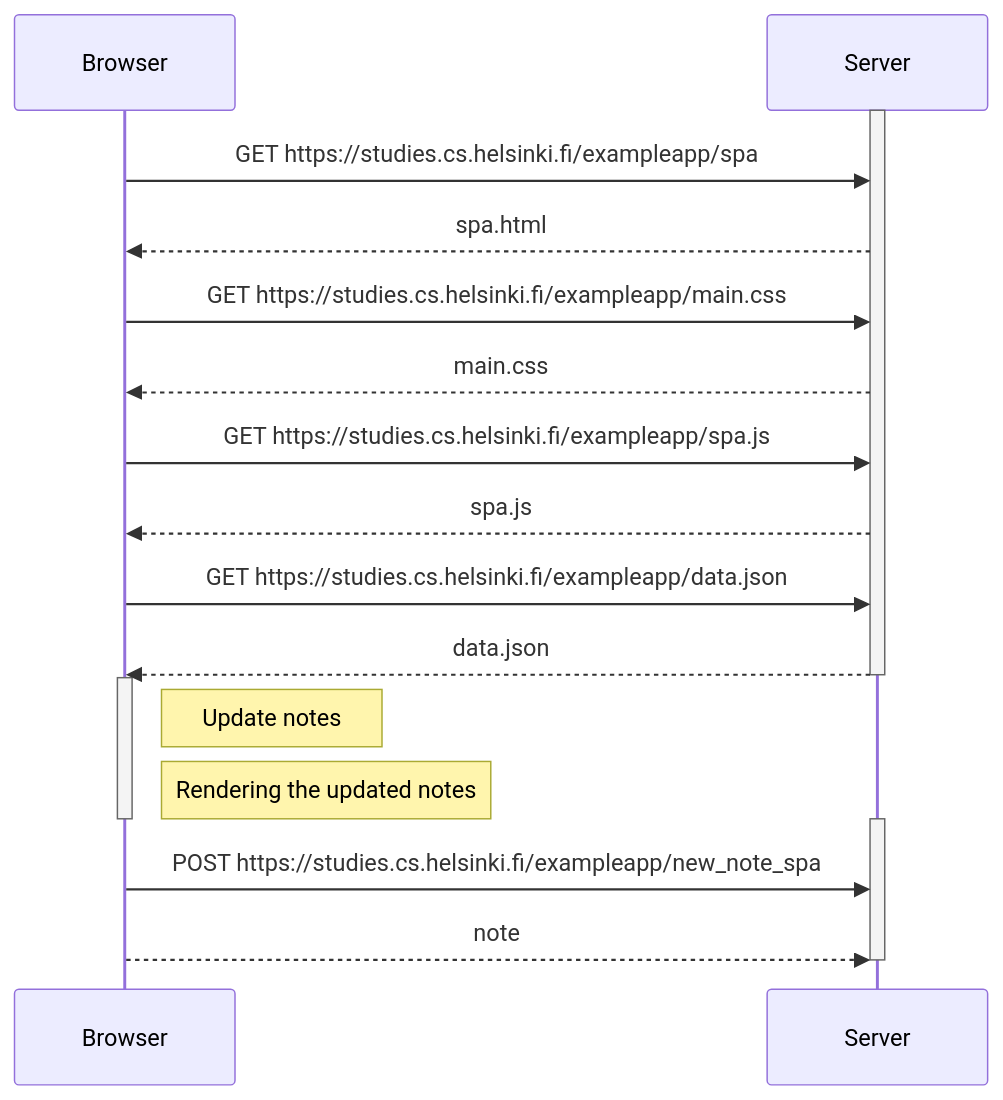
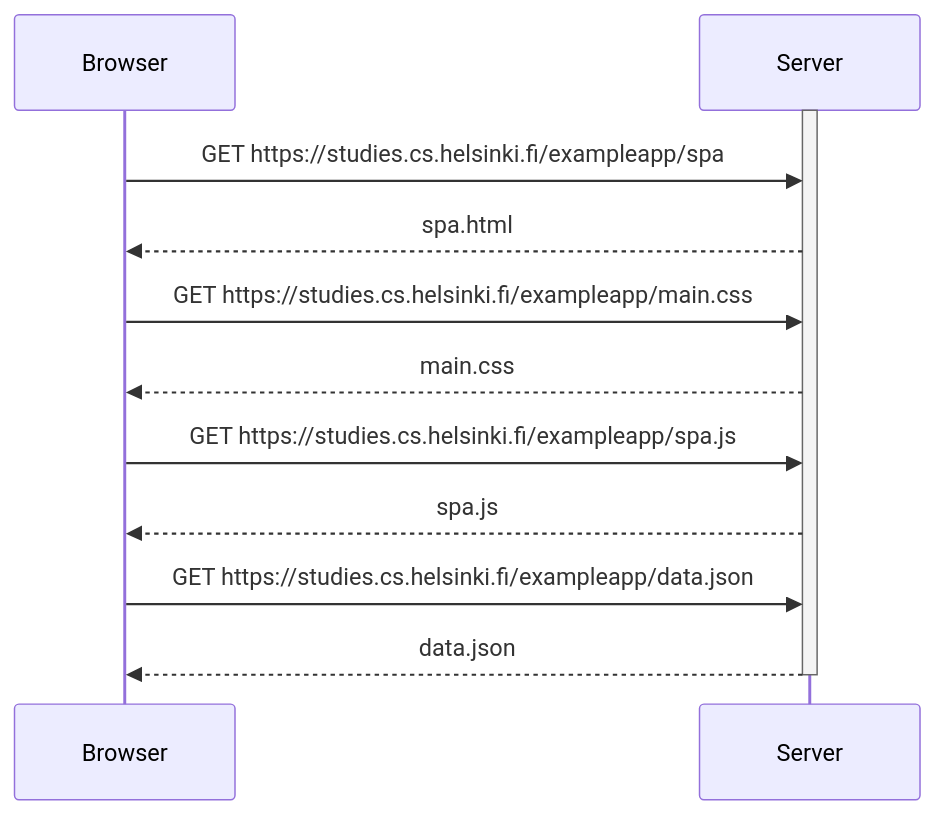
The diagram in part0/0.5/singlepageapp.md (omgmvi/fullstackopen2023), drawn with Mermaid before and after one commit.

Commit message:
Update singlepageapp.md
Removed what may be happening when updating the notes

````diff
--- a/part0/0.5/singlepageapp.md
+++ b/part0/0.5/singlepageapp.md
@@ -7,24 +9,15 @@
 ```mermaid
 sequenceDiagram
 participant B as Browser
 participant S as Server
 activate S
 B->>S: GET https://studies.cs.helsinki.fi/exampleapp/spa
 S-->>B: spa.html
 B->>S: GET https://studies.cs.helsinki.fi/exampleapp/main.css
 S-->>B: main.css
 B->>S: GET https://studies.cs.helsinki.fi/exampleapp/spa.js
 S-->>B: spa.js
 B->>S: GET https://studies.cs.helsinki.fi/exampleapp/data.json
 S-->>B: data.json
 deactivate S
-activate B
-Note right of B : Update notes
-Note right of B: Rendering the updated notes
-deactivate B
-
-activate S
-B->>S: POST  https://studies.cs.helsinki.fi/exampleapp/new_note_spa
-B-->>S: note
-deactivate S
 ```
````
